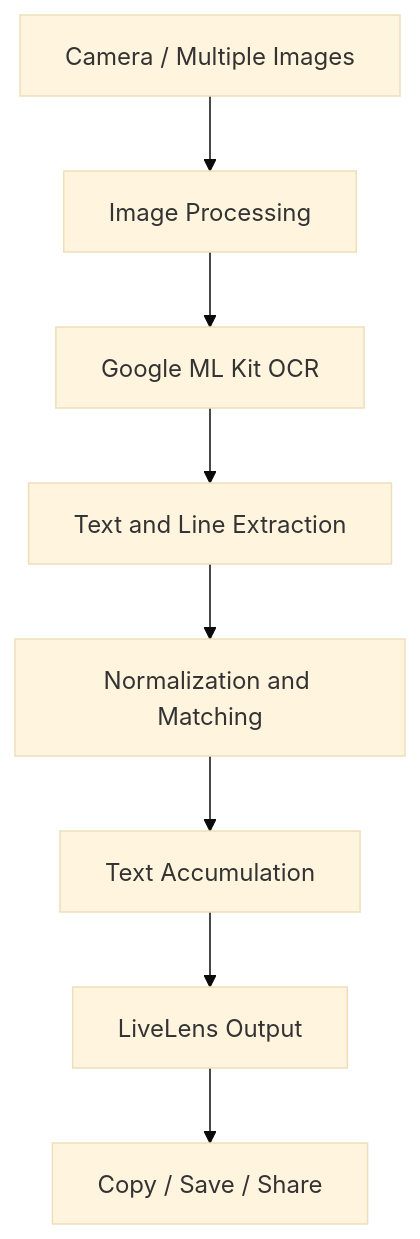
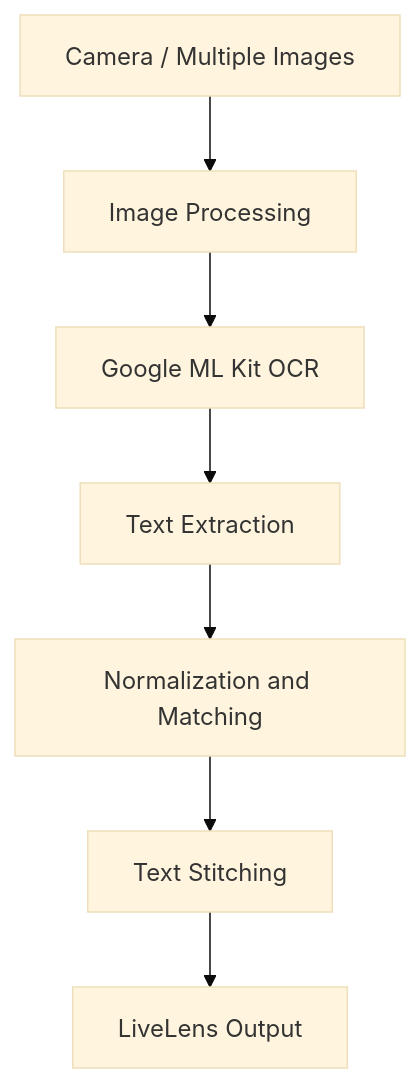
One commit to KrupalWarale/LiveLens-A-advanced-live-OCR changed the diagram in README.md. Above: the diagram before and after it, drawn with Mermaid (base theme). The commit also changed other lines of this file, not shown here.

````diff
--- a/README.md
+++ b/README.md
@@ -84,10 +50,9 @@
 ```mermaid
 flowchart TD
     A[Camera / Multiple Images] --> B[Image Processing]
     B --> C[Google ML Kit OCR]
-    C --> D[Text and Line Extraction]
+    C --> D[Text Extraction]
     D --> E[Normalization and Matching]
-    E --> F[Text Accumulation]
+    E --> F[Text Stitching]
     F --> G[LiveLens Output]
-    G --> H[Copy / Save / Share]
 ```
````
